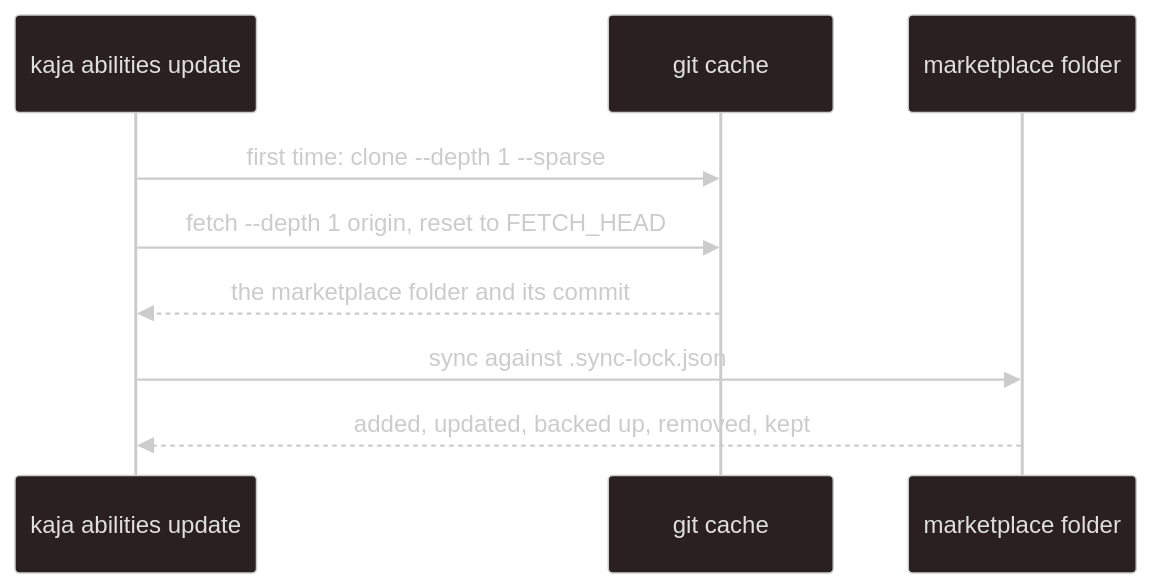
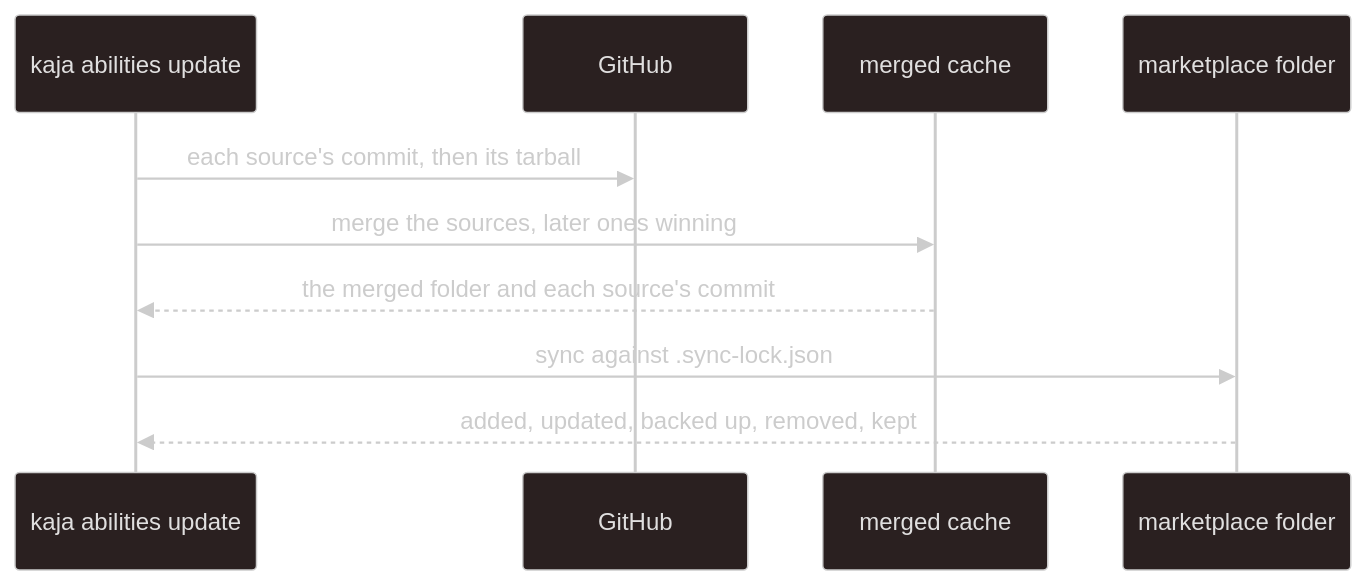
The second of 4 diagrams in development/marketplace.md (kajaio/docs), drawn with Mermaid before and after one commit. The commit also changed other lines of this file and 30 other files, not shown here.

````diff
--- a/development/marketplace.md
+++ b/development/marketplace.md
@@ -49,17 +65,18 @@
 ```mermaid
 ---
 config:
   look: handDrawn
   theme: neo-dark
 ---
 sequenceDiagram
     participant K as kaja abilities update
-    participant C as git cache
+    participant G as GitHub
+    participant C as merged cache
     participant F as marketplace folder
 
-    K->>C: first time: clone --depth 1 --sparse
-    K->>C: fetch --depth 1 origin, reset to FETCH_HEAD
-    C-->>K: the marketplace folder and its commit
+    K->>G: each source's commit, then its tarball
+    K->>C: merge the sources, later ones winning
+    C-->>K: the merged folder and each source's commit
     K->>F: sync against .sync-lock.json
     F-->>K: added, updated, backed up, removed, kept
 ```
````
